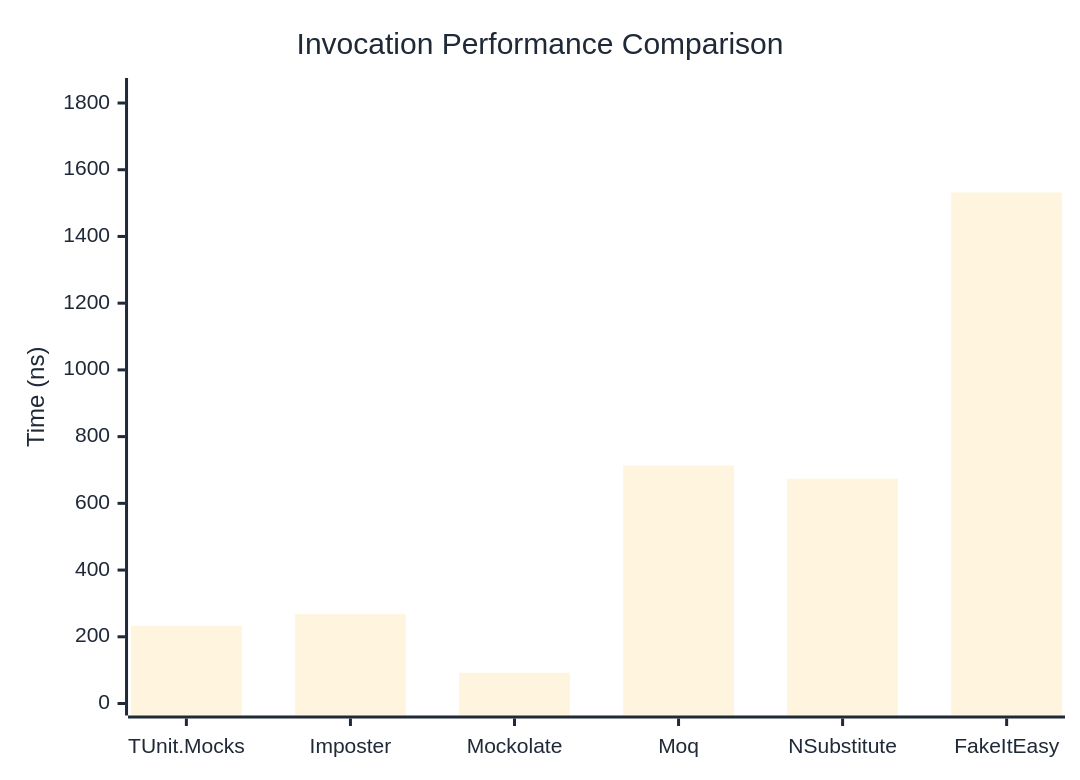
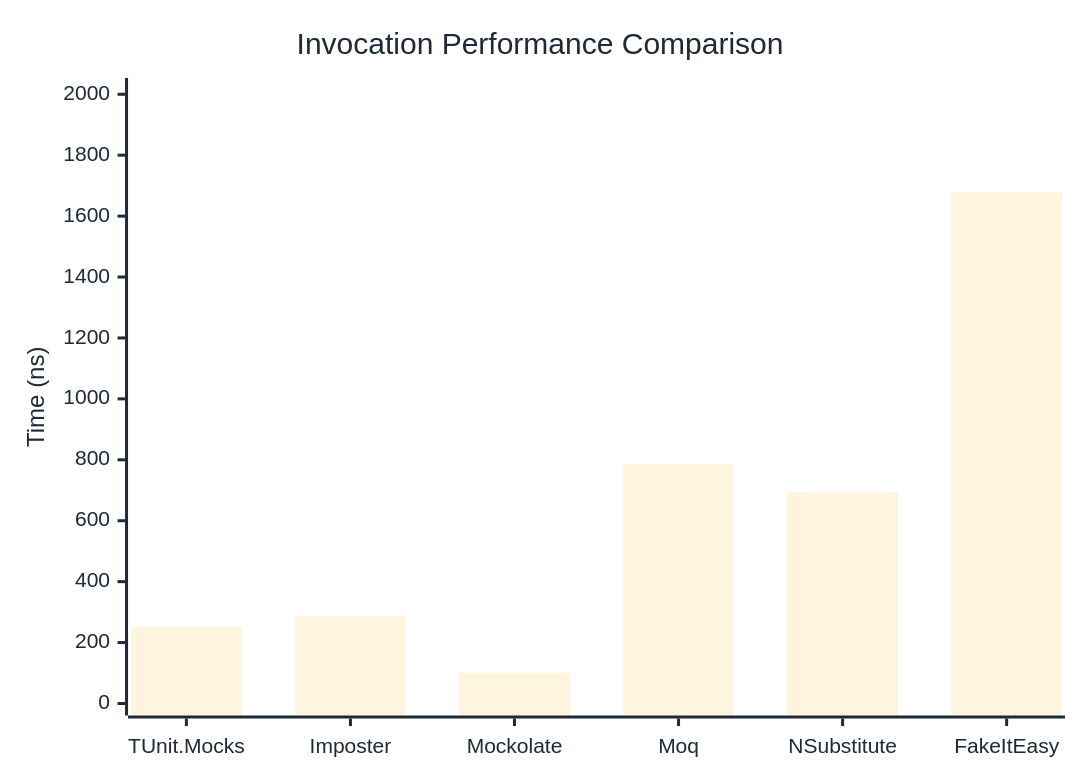
The first of 3 diagrams in docs/docs/benchmarks/mocks/Invocation.md (thomhurst/TUnit), drawn with Mermaid before and after one commit. The commit also changed other lines of this file and 14 other files, not shown here.

````diff
--- a/docs/docs/benchmarks/mocks/Invocation.md
+++ b/docs/docs/benchmarks/mocks/Invocation.md
@@ -28,27 +28,27 @@
 ```mermaid
 %%{init: {
   'theme':'base',
   'themeVariables': {
     'primaryColor': '#2563eb',
     'primaryTextColor': '#1f2937',
     'primaryBorderColor': '#1e40af',
     'lineColor': '#6b7280',
     'secondaryColor': '#7c3aed',
     'tertiaryColor': '#dc2626',
     'background': '#ffffff',
     'pie1': '#2563eb',
     'pie2': '#7c3aed',
     'pie3': '#dc2626',
     'pie4': '#f59e0b',
     'pie5': '#10b981',
     'pie6': '#06b6d4',
     'pie7': '#ec4899',
     'pie8': '#6366f1'
   }
 }}%%
 xychart-beta
   title "Invocation Performance Comparison"
   x-axis ["TUnit.Mocks", "Imposter", "Mockolate", "Moq", "NSubstitute", "FakeItEasy"]
-  y-axis "Time (ns)" 0 --> 1839
-  bar [233.02, 267.71, 92.02, 713.4, 673.83, 1531.74]
+  y-axis "Time (ns)" 0 --> 2014
+  bar [252.11, 287.71, 101.11, 785.48, 693.53, 1678.21]
 ```
````
